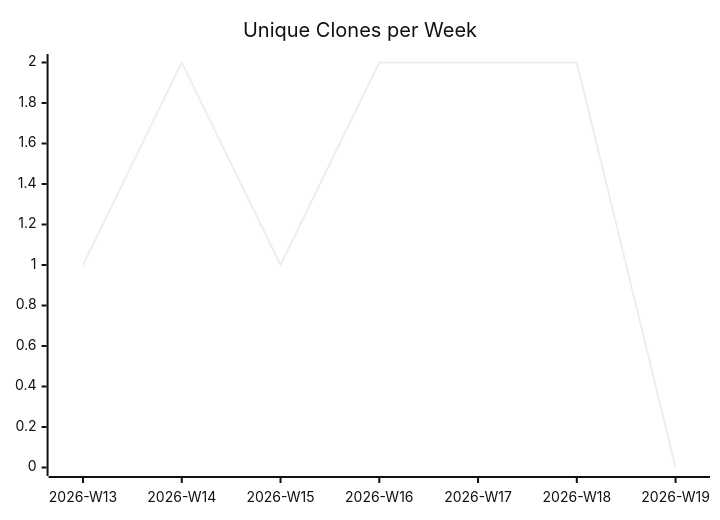
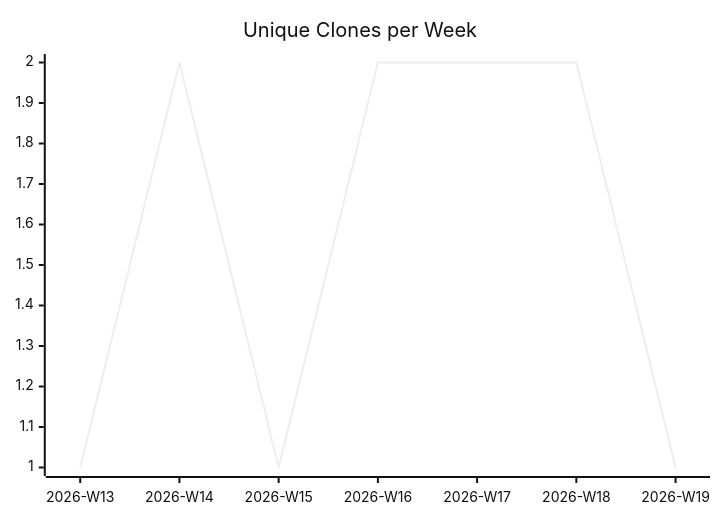
One commit to justdavis-family/github-analytics-data changed the third of 3 diagrams in karlmdavis/sample-maven-and-rcp/README.md. Above: the diagram before and after it, drawn with Mermaid (neutral theme). The commit also changed other lines of this file and 187 other files, not shown here.

````diff
--- a/karlmdavis/sample-maven-and-rcp/README.md
+++ b/karlmdavis/sample-maven-and-rcp/README.md
@@ -19,6 +19,6 @@
 ```mermaid
 xychart-beta
   title "Unique Clones per Week"
   x-axis ["2026-W13", "2026-W14", "2026-W15", "2026-W16", "2026-W17", "2026-W18", "2026-W19"]
-  line [1, 2, 1, 2, 2, 2, 0]
+  line [1, 2, 1, 2, 2, 2, 1]
 ```
````
